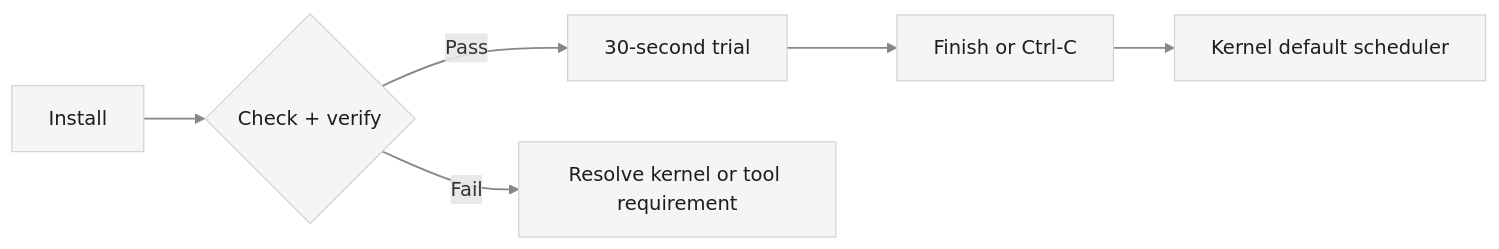
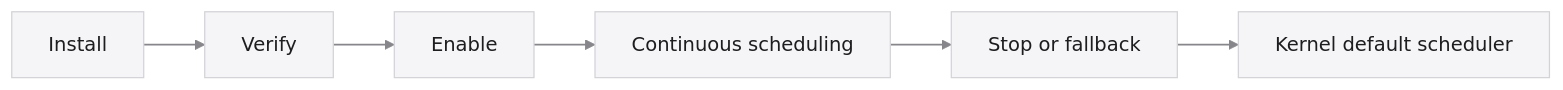
Before and after one commit to Denny-Lin/lertick: the first of 2 diagrams in README.md, drawn with Mermaid. The commit also changed other lines of this file and 24 other files, not shown here.

Commit message:
Make continuous scheduling the default with managed updates and recovery

````diff
--- a/README.md
+++ b/README.md
@@ -66,10 +67,10 @@
 ```mermaid
 flowchart LR
-    A[Install] --> B{Check + verify}
-    B -->|Pass| C[30-second trial]
-    B -->|Fail| D[Resolve kernel or tool requirement]
-    C --> E[Finish or Ctrl-C]
+    A[Install] --> B[Verify]
+    B --> C[Enable]
+    C --> D[Continuous scheduling]
+    D --> E[Stop or fallback]
     E --> F[Kernel default scheduler]
     classDef default fill:#f5f5f7,stroke:#d2d2d7,color:#1d1d1f
     linkStyle default stroke:#86868b,stroke-width:1.5px
 ```
````
